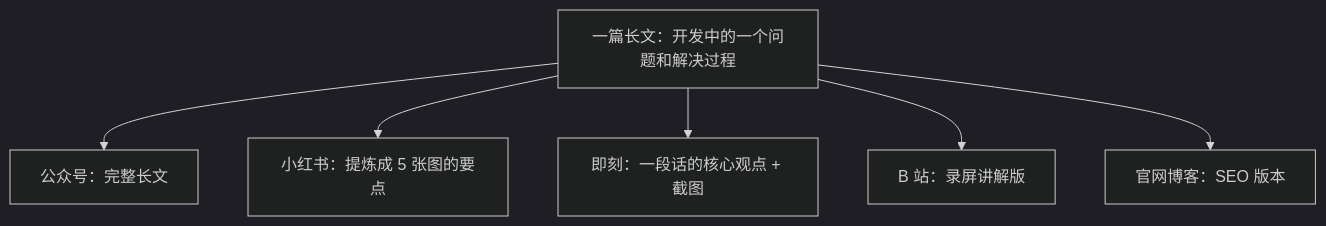
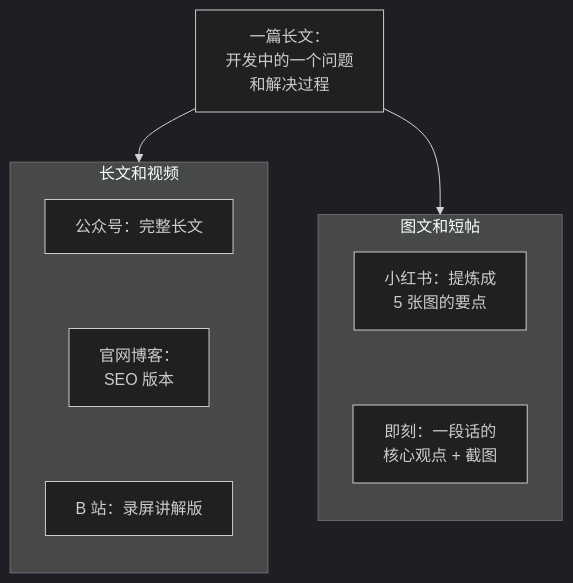
One commit to jarvis-pro/hatch-shelf changed the second of 2 diagrams in books/growth-marketing/03-social-media.md. Above: the diagram before and after it, drawn with Mermaid (dark theme). The commit also changed other lines of this file and 432 other files, not shown here.

````diff
--- a/books/growth-marketing/03-social-media.md
+++ b/books/growth-marketing/03-social-media.md
@@ -147,8 +149,12 @@
 ```mermaid
 flowchart TD
-  L["一篇长文：开发中的一个问题和解决过程"] --> W["公众号：完整长文"]
-  L --> X["小红书：提炼成 5 张图的要点"]
-  L --> J["即刻：一段话的核心观点 + 截图"]
-  L --> B["B 站：录屏讲解版"]
-  L --> S["官网博客：SEO 版本"]
+  L["一篇长文：<br/>开发中的一个问题<br/>和解决过程"] --> LONG & SHORT
+  subgraph LONG["长文和视频"]
+    direction TB
+    W["公众号：完整长文"] ~~~ S["官网博客：<br/>SEO 版本"] ~~~ B["B 站：录屏讲解版"]
+  end
+  subgraph SHORT["图文和短帖"]
+    direction TB
+    X["小红书：提炼成<br/>5 张图的要点"] ~~~ J["即刻：一段话的<br/>核心观点 + 截图"]
+  end
 ```
````
